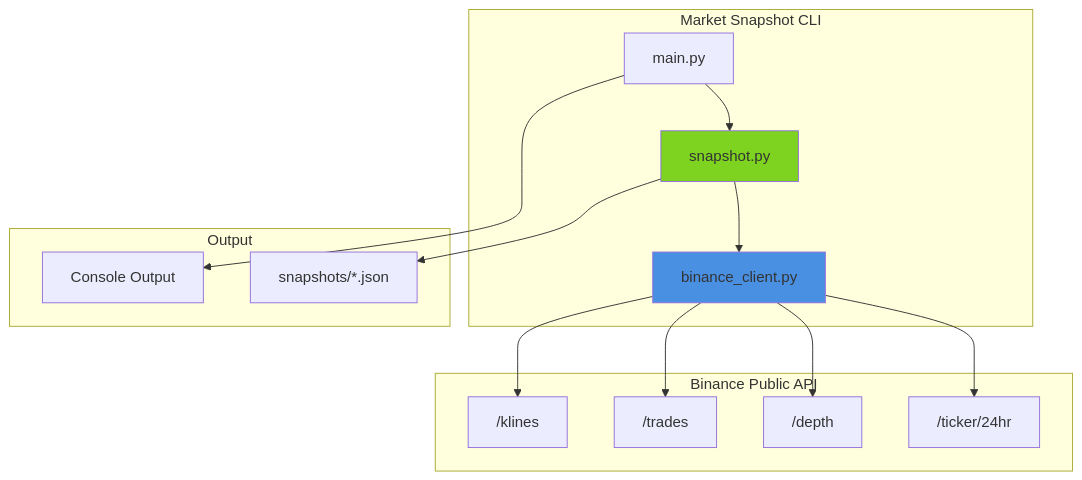
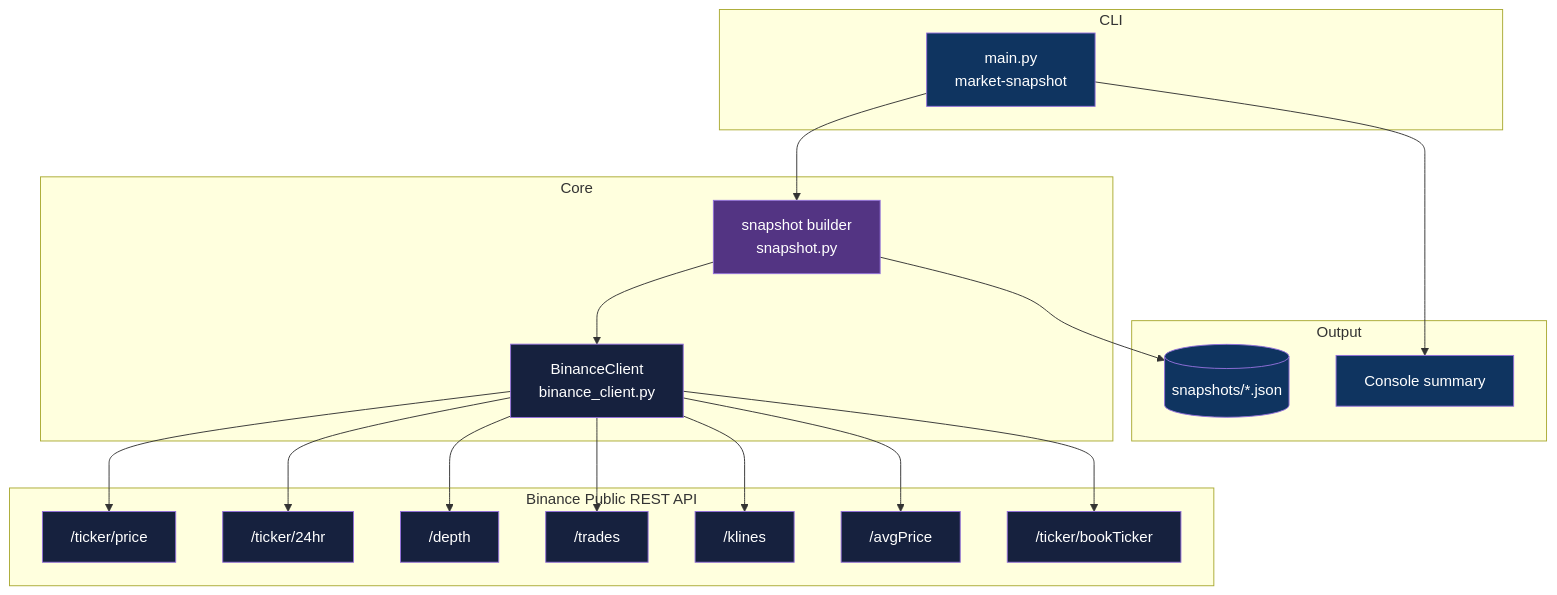
The diagram in README.md (adityonugrohoid/ratu-rest-api), drawn with Mermaid before and after one commit. The commit also changed other lines of this file, not shown here.

````diff
--- a/README.md
+++ b/README.md
@@ -98,29 +61,51 @@
 ```mermaid
-flowchart TB
-    subgraph "Market Snapshot CLI"
-        MAIN["main.py"]
-        SNAPSHOT["snapshot.py"]
-        CLIENT["binance_client.py"]
+graph TD
+    subgraph CLI
+        MAIN["main.py<br/>market-snapshot"]
     end
-    
-    subgraph "Binance Public API"
-        TICKER["/ticker/24hr"]
+
+    subgraph Core
+        SNAP["snapshot builder<br/>snapshot.py"]
+        CLIENT["BinanceClient<br/>binance_client.py"]
+    end
+
+    subgraph "Binance Public REST API"
+        PRICE["/ticker/price"]
+        STATS["/ticker/24hr"]
         DEPTH["/depth"]
         TRADES["/trades"]
         KLINES["/klines"]
+        AVG["/avgPrice"]
+        BOOK["/ticker/bookTicker"]
     end
-    
-    subgraph "Output"
-        JSON["snapshots/*.json"]
-        CONSOLE["Console Output"]
+
+    subgraph Output
+        JSON[("snapshots/*.json")]
+        CONSOLE["Console summary"]
     end
-    
-    MAIN --> SNAPSHOT
-    SNAPSHOT --> CLIENT
-    CLIENT --> TICKER & DEPTH & TRADES & KLINES
-    SNAPSHOT --> JSON
+
+    MAIN --> SNAP
+    SNAP --> CLIENT
+    CLIENT --> PRICE
+    CLIENT --> STATS
+    CLIENT --> DEPTH
+    CLIENT --> TRADES
+    CLIENT --> KLINES
+    CLIENT --> AVG
+    CLIENT --> BOOK
+    SNAP --> JSON
     MAIN --> CONSOLE
-    
-    style CLIENT fill:#4A90E2
-    style SNAPSHOT fill:#7ED321
+
+    style MAIN fill:#0f3460,color:#fff
+    style SNAP fill:#533483,color:#fff
+    style CLIENT fill:#16213e,color:#fff
+    style PRICE fill:#16213e,color:#fff
+    style STATS fill:#16213e,color:#fff
+    style DEPTH fill:#16213e,color:#fff
+    style TRADES fill:#16213e,color:#fff
+    style KLINES fill:#16213e,color:#fff
+    style AVG fill:#16213e,color:#fff
+    style BOOK fill:#16213e,color:#fff
+    style JSON fill:#0f3460,color:#fff
+    style CONSOLE fill:#0f3460,color:#fff
 ```
````
